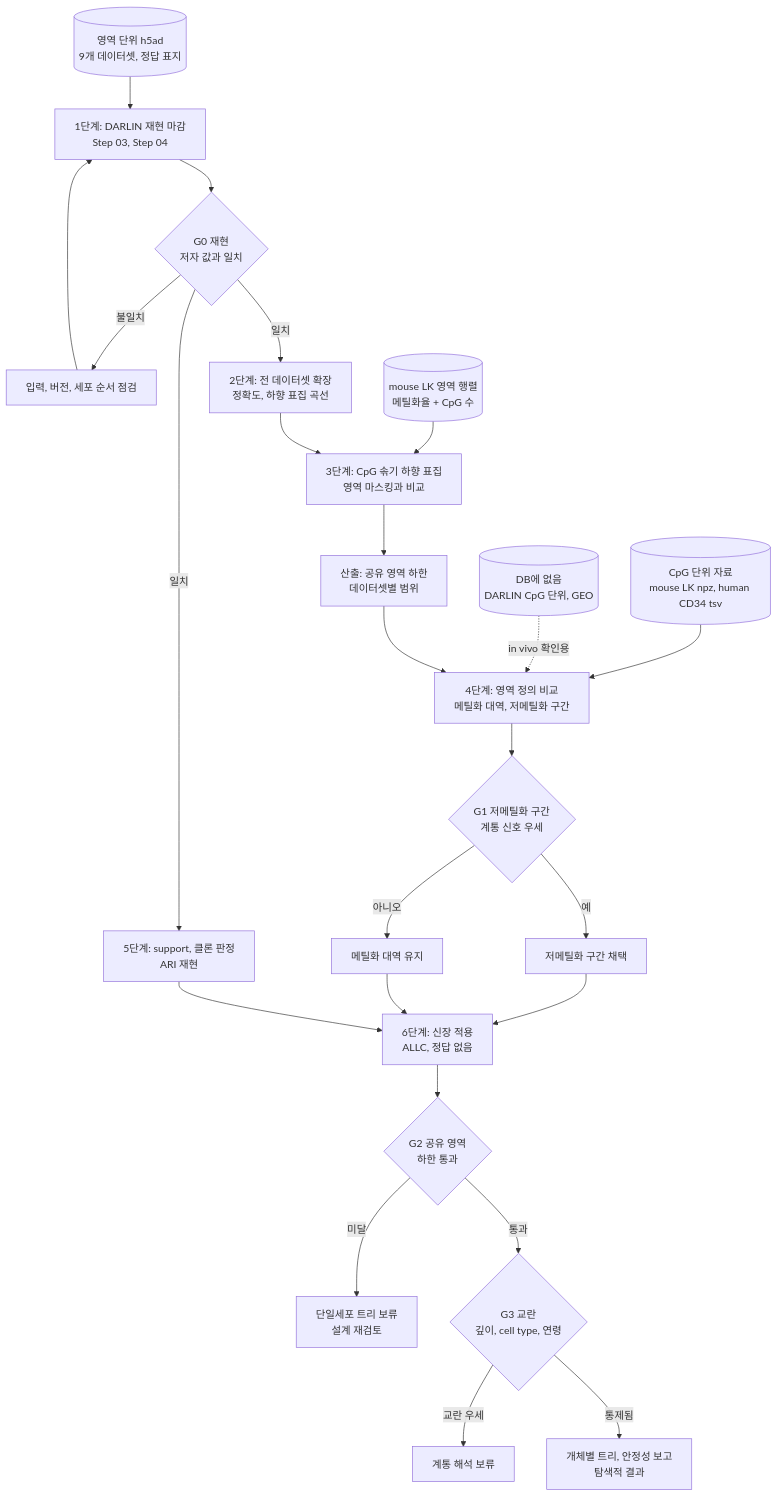
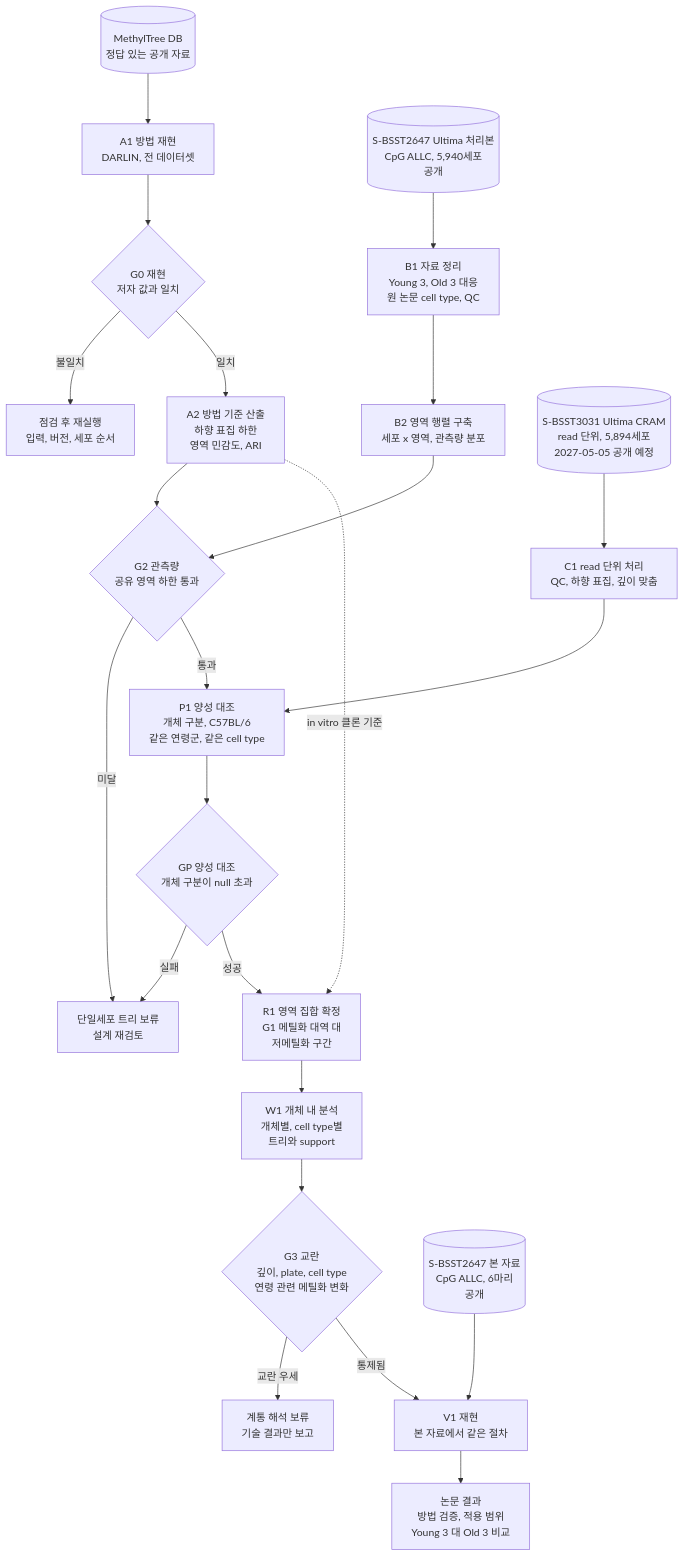
One commit to hrrsjeong-lab/Lineage_tracing-Onboarding changed the second of 2 diagrams in README.md. Above: the diagram before and after it, drawn with Mermaid. The commit also changed other lines of this file, not shown here.

Commit message:
Update README with English and Korean workflows

````diff
--- a/README.md
+++ b/README.md
@@ -4,26 +33,27 @@
 ```mermaid
 graph TD
-    H5[("영역 단위 h5ad<br/>9개 데이터셋, 정답 표지")] --> S1["1단계: DARLIN 재현 마감<br/>Step 03, Step 04"]
-    S1 --> G0{"G0 재현<br/>저자 값과 일치"}
-    G0 -- "불일치" --> FIX["입력, 버전, 세포 순서 점검"]
-    FIX --> S1
-    G0 -- "일치" --> S2["2단계: 전 데이터셋 확장<br/>정확도, 하향 표집 곡선"]
-    G0 -- "일치" --> S5["5단계: support, 클론 판정<br/>ARI 재현"]
-    MTX[("mouse LK 영역 행렬<br/>메틸화율 + CpG 수")] --> S3
-    S2 --> S3["3단계: CpG 솎기 하향 표집<br/>영역 마스킹과 비교"]
-    S3 --> B2["산출: 공유 영역 하한<br/>데이터셋별 범위"]
-    CPG[("CpG 단위 자료<br/>mouse LK npz, human CD34 tsv")] --> S4
-    GEO[("DB에 없음<br/>DARLIN CpG 단위, GEO")] -. "in vivo 확인용" .-> S4
-    B2 --> S4["4단계: 영역 정의 비교<br/>메틸화 대역, 저메틸화 구간"]
-    S4 --> G1{"G1 저메틸화 구간<br/>계통 신호 우세"}
-    G1 -- "예" --> R1["저메틸화 구간 채택"]
-    G1 -- "아니오" --> R2["메틸화 대역 유지"]
-    R1 --> K["6단계: 신장 적용<br/>ALLC, 정답 없음"]
-    R2 --> K
-    S5 --> K
-    K --> G2{"G2 공유 영역<br/>하한 통과"}
+    DB[("MethylTree DB<br/>정답 있는 공개 자료")] --> A1["A1 방법 재현<br/>DARLIN, 전 데이터셋"]
+    A1 --> G0{"G0 재현<br/>저자 값과 일치"}
+    G0 -- "불일치" --> FIX["점검 후 재실행<br/>입력, 버전, 세포 순서"]
+    G0 -- "일치" --> A2["A2 방법 기준 산출<br/>하향 표집 하한<br/>영역 민감도, ARI"]
+
+    KU[("S-BSST2647 Ultima 처리본<br/>CpG ALLC, 5,940세포<br/>공개")] --> B1["B1 자료 정리<br/>Young 3, Old 3 대응<br/>원 논문 cell type, QC"]
+    B1 --> B2["B2 영역 행렬 구축<br/>세포 x 영역, 관측량 분포"]
+    KC[("S-BSST3031 Ultima CRAM<br/>read 단위, 5,894세포<br/>2027-05-05 공개 예정")] --> C1["C1 read 단위 처리<br/>QC, 하향 표집, 깊이 맞춤"]
+
+    A2 --> G2{"G2 관측량<br/>공유 영역 하한 통과"}
+    B2 --> G2
     G2 -- "미달" --> STOP["단일세포 트리 보류<br/>설계 재검토"]
-    G2 -- "통과" --> G3{"G3 교란<br/>깊이, cell type, 연령"}
-    G3 -- "교란 우세" --> HOLD["계통 해석 보류"]
-    G3 -- "통제됨" --> OUT["개체별 트리, 안정성 보고<br/>탐색적 결과"]
+    G2 -- "통과" --> P1["P1 양성 대조<br/>개체 구분, C57BL/6<br/>같은 연령군, 같은 cell type"]
+    C1 --> P1
+    P1 --> GP{"GP 양성 대조<br/>개체 구분이 null 초과"}
+    GP -- "실패" --> STOP
+    GP -- "성공" --> R1["R1 영역 집합 확정<br/>G1 메틸화 대역 대<br/>저메틸화 구간"]
+    A2 -. "in vitro 클론 기준" .-> R1
+    R1 --> W1["W1 개체 내 분석<br/>개체별, cell type별<br/>트리와 support"]
+    W1 --> G3{"G3 교란<br/>깊이, plate, cell type<br/>연령 관련 메틸화 변화"}
+    G3 -- "교란 우세" --> HOLD["계통 해석 보류<br/>기술 결과만 보고"]
+    G3 -- "통제됨" --> V1["V1 재현<br/>본 자료에서 같은 절차"]
+    KM[("S-BSST2647 본 자료<br/>CpG ALLC, 6마리<br/>공개")] --> V1
+    V1 --> OUT["논문 결과<br/>방법 검증, 적용 범위<br/>Young 3 대 Old 3 비교"]
 ```
````
